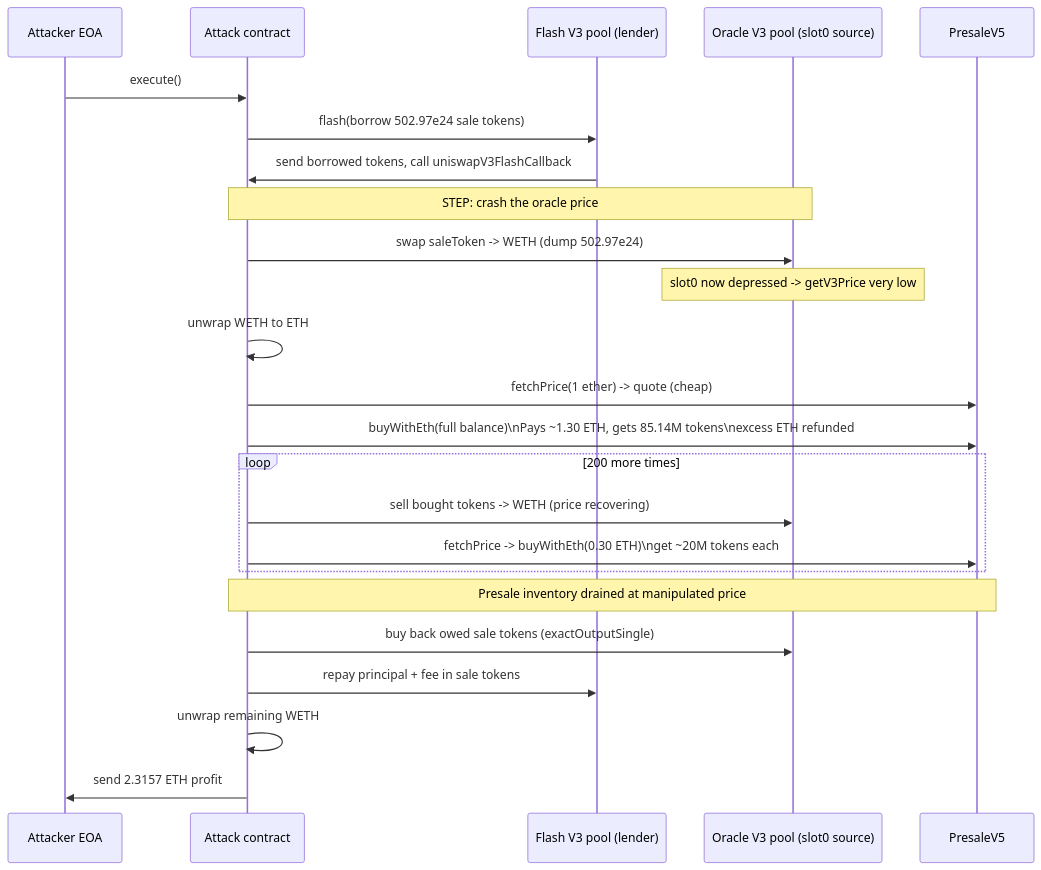
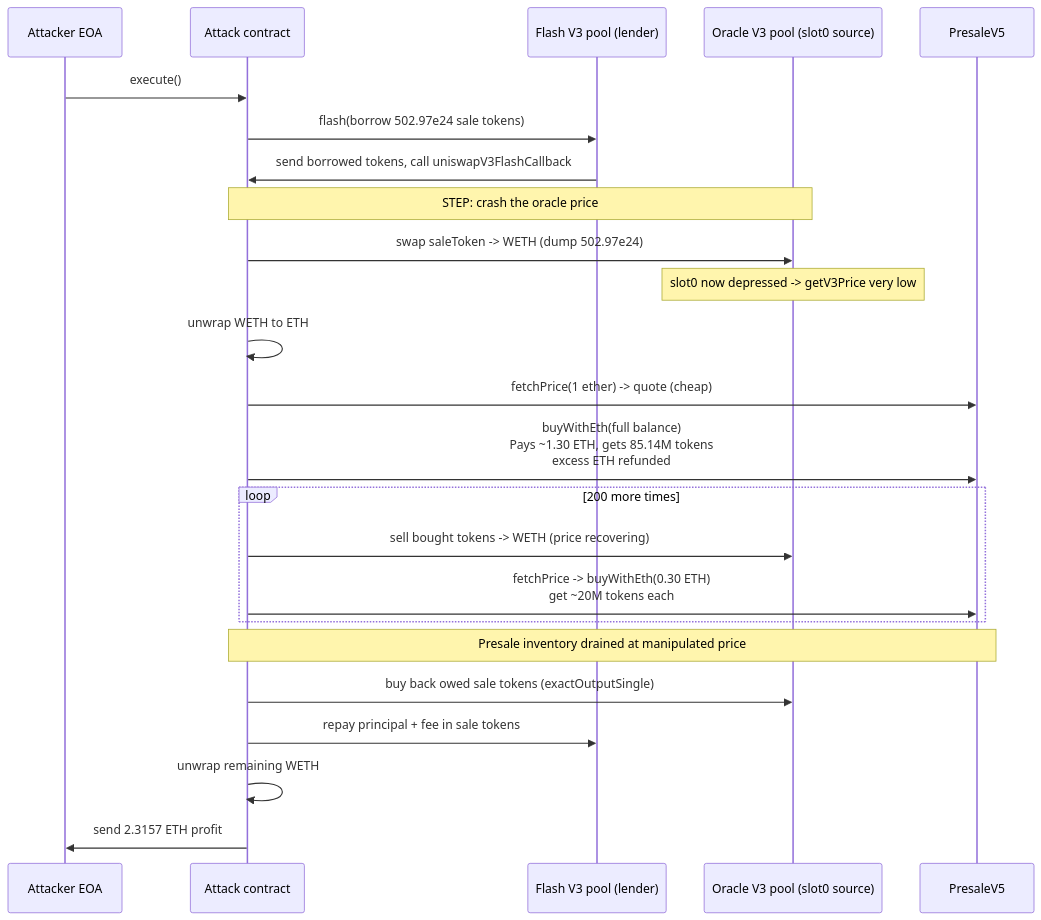
One commit to sanbir/evm-hack-registry changed the first of 2 diagrams in 2025-08-PresaleV5_exp/PresaleV5_exp.md. Above: the diagram before and after it, drawn with Mermaid. The commit also changed 280 other files, not shown here.

Commit message:
mermaid fixes

````diff
--- a/2025-08-PresaleV5_exp/PresaleV5_exp.md
+++ b/2025-08-PresaleV5_exp/PresaleV5_exp.md
@@ -151,27 +151,27 @@
 ```mermaid
 sequenceDiagram
     participant A as Attacker EOA
     participant C as Attack contract
     participant FP as Flash V3 pool (lender)
     participant OP as Oracle V3 pool (slot0 source)
     participant P as PresaleV5
 
     A->>C: execute()
     C->>FP: flash(borrow 502.97e24 sale tokens)
     FP->>C: send borrowed tokens, call uniswapV3FlashCallback
     Note over C,OP: STEP: crash the oracle price
     C->>OP: swap saleToken -> WETH (dump 502.97e24)
     Note over OP: slot0 now depressed -> getV3Price very low
     C->>C: unwrap WETH to ETH
     C->>P: fetchPrice(1 ether) -> quote (cheap)
-    C->>P: buyWithEth(full balance)\nPays ~1.30 ETH, gets 85.14M tokens\nexcess ETH refunded
+    C->>P: buyWithEth(full balance)<br/>Pays ~1.30 ETH, gets 85.14M tokens<br/>excess ETH refunded
     loop 200 more times
         C->>OP: sell bought tokens -> WETH (price recovering)
-        C->>P: fetchPrice -> buyWithEth(0.30 ETH)\nget ~20M tokens each
+        C->>P: fetchPrice -> buyWithEth(0.30 ETH)<br/>get ~20M tokens each
     end
     Note over C,P: Presale inventory drained at manipulated price
     C->>OP: buy back owed sale tokens (exactOutputSingle)
     C->>FP: repay principal + fee in sale tokens
     C->>C: unwrap remaining WETH
     C->>A: send 2.3157 ETH profit
 ```
````
